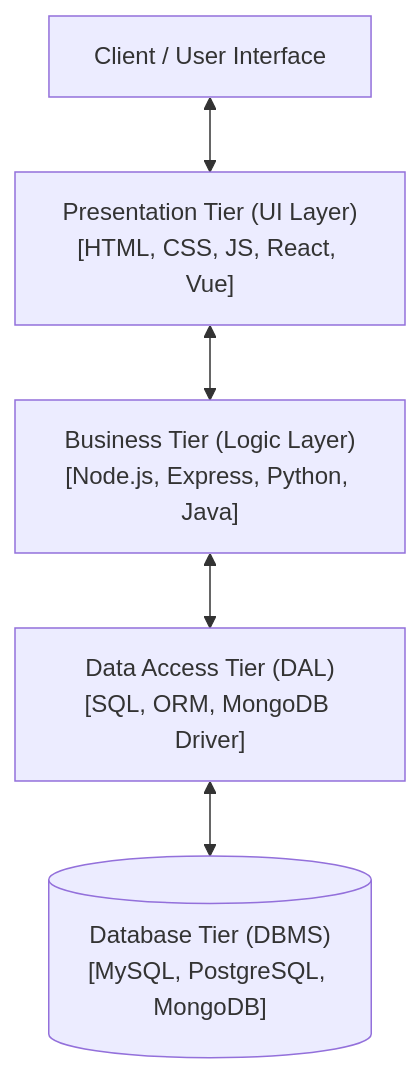
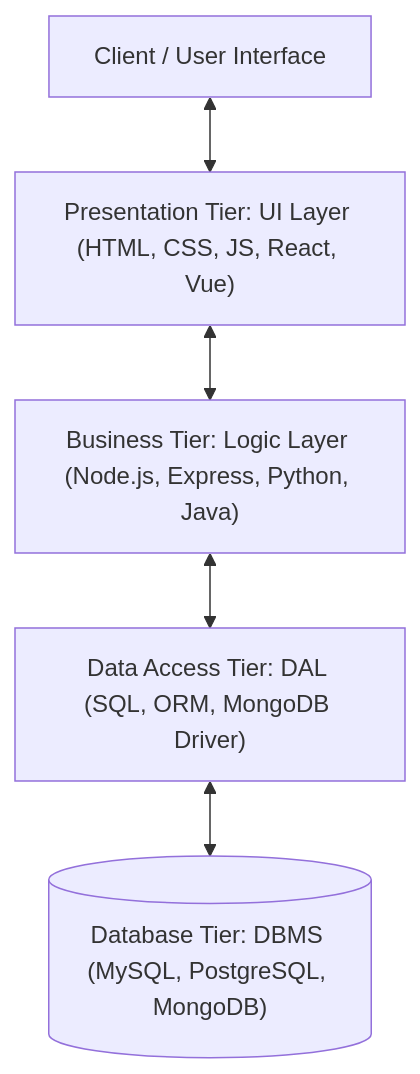
The first of 7 diagrams in notes/web_development/Unit_01_Full_Stack_Basics.md (DeepLumiere/DeepSkills), drawn with Mermaid before and after one commit. The commit also changed other lines of this file and 56 other files, not shown here.

````diff
--- a/notes/web_development/Unit_01_Full_Stack_Basics.md
+++ b/notes/web_development/Unit_01_Full_Stack_Basics.md
@@ -62,13 +62,7 @@
 ```mermaid
-
 flowchart TD
-
-    Client["Client / User Interface"] <--> Presentation["Presentation Tier (UI Layer)<br>[HTML, CSS, JS, React, Vue]"]
-
-    Presentation <--> Business["Business Tier (Logic Layer)<br>[Node.js, Express, Python, Java]"]
-
-    Business <--> DataAccess["Data Access Tier (DAL)<br>[SQL, ORM, MongoDB Driver]"]
-
-    DataAccess <--> Database[("Database Tier (DBMS)<br>[MySQL, PostgreSQL, MongoDB]")]
-
+    Client["Client / User Interface"] <--> Presentation["Presentation Tier: UI Layer (HTML, CSS, JS, React, Vue)"]
+    Presentation <--> Business["Business Tier: Logic Layer (Node.js, Express, Python, Java)"]
+    Business <--> DataAccess["Data Access Tier: DAL (SQL, ORM, MongoDB Driver)"]
+    DataAccess <--> Database[("Database Tier: DBMS (MySQL, PostgreSQL, MongoDB)")]
 ```
````
